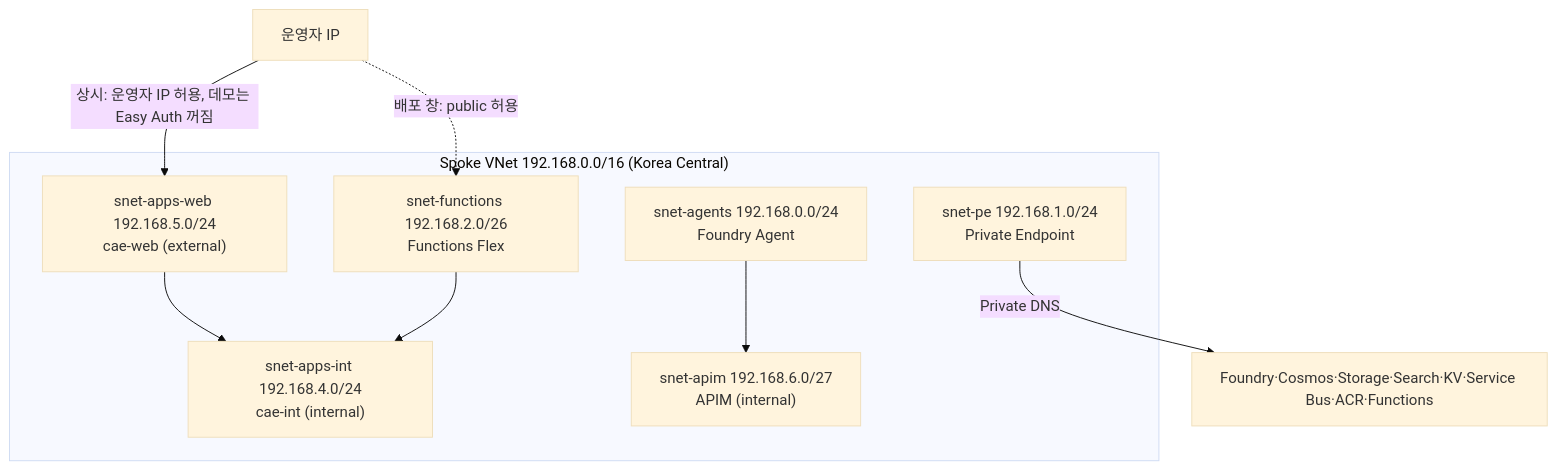
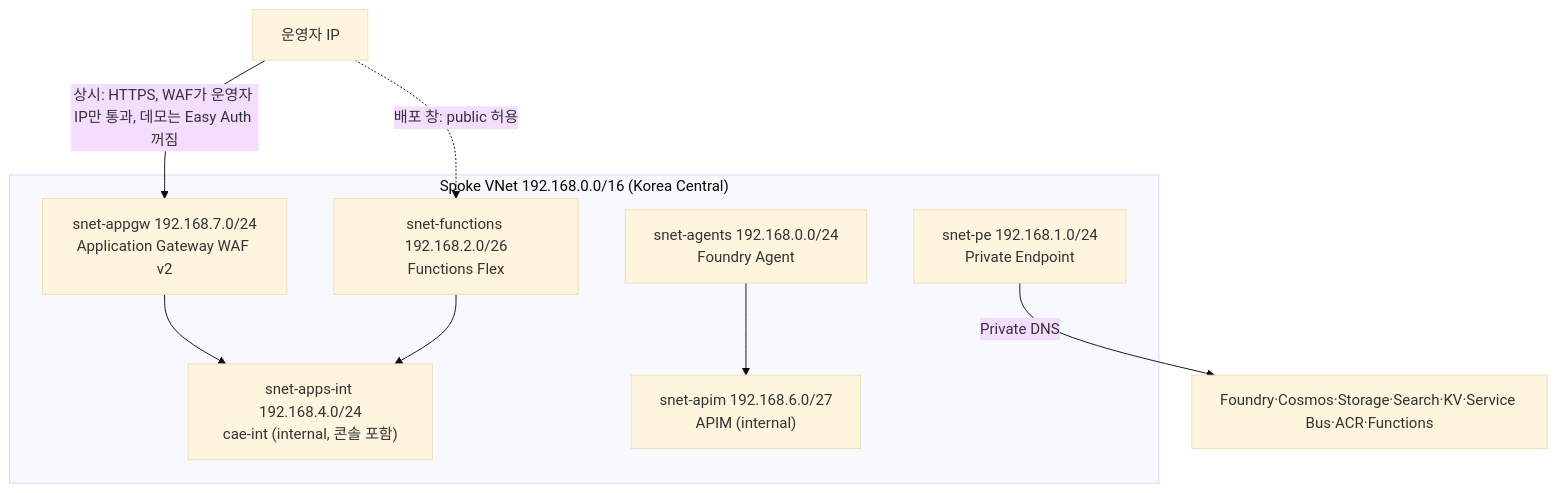
The third of 5 diagrams in docs/architecture.md (freeman9844/ms-ama-04), drawn with Mermaid (base theme) before and after one commit. The commit also changed other lines of this file and 15 other files, not shown here.

First line of the commit message:
docs: ADR-011 App Gateway WAF entry; update architecture, threat model, cost, runbooks

````diff
--- a/docs/architecture.md
+++ b/docs/architecture.md
@@ -106,18 +108,18 @@
 ```mermaid
 flowchart TB
   subgraph vnet["Spoke VNet 192.168.0.0/16 (Korea Central)"]
     agents["snet-agents 192.168.0.0/24<br/>Foundry Agent"]
     pe["snet-pe 192.168.1.0/24<br/>Private Endpoint"]
     fn["snet-functions 192.168.2.0/26<br/>Functions Flex"]
-    appsint["snet-apps-int 192.168.4.0/24<br/>cae-int (internal)"]
-    appsweb["snet-apps-web 192.168.5.0/24<br/>cae-web (external)"]
+    appsint["snet-apps-int 192.168.4.0/24<br/>cae-int (internal, 콘솔 포함)"]
+    appgwnet["snet-appgw 192.168.7.0/24<br/>Application Gateway WAF v2"]
     apimnet["snet-apim 192.168.6.0/27<br/>APIM (internal)"]
   end
   operator["운영자 IP"]
   pe -->|Private DNS| data["Foundry·Cosmos·Storage·Search·KV·Service Bus·ACR·Functions"]
-  operator -->|상시: 운영자 IP 허용, 데모는 Easy Auth 꺼짐| appsweb
+  operator -->|상시: HTTPS, WAF가 운영자 IP만 통과, 데모는 Easy Auth 꺼짐| appgwnet
   operator -.->|배포 창: public 허용| fn
-  appsweb --> appsint
+  appgwnet --> appsint
   fn --> appsint
   agents --> apimnet
 ```
````
